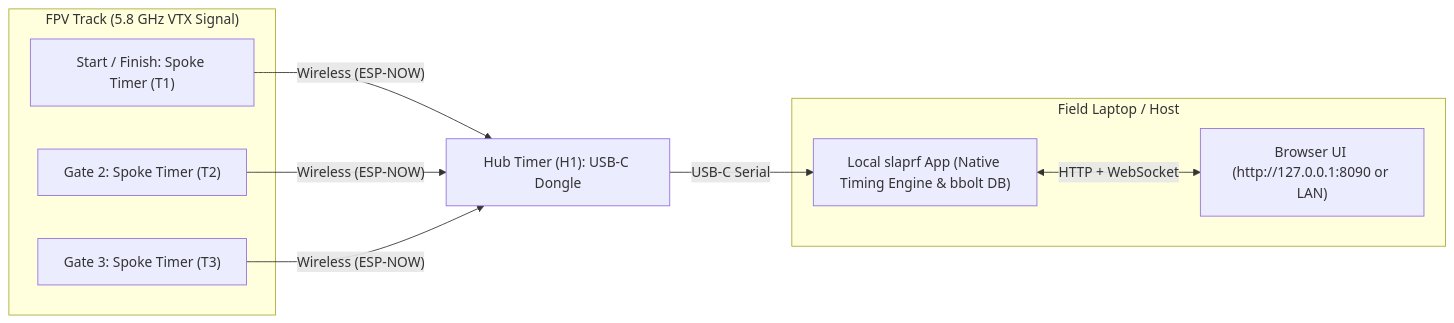
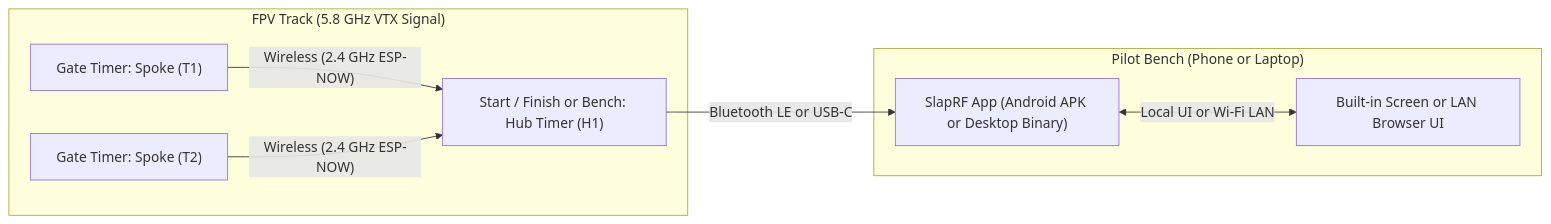
The first of 2 diagrams in README.md (kaack/SlapRF), drawn with Mermaid before and after one commit. The commit also changed other lines of this file and 19 other files, not shown here.

Commit message:
docs,ci,e2e: document Bluetooth Hub-and-Spoke mode, Android APK, and prepare v0.0.7 release

````diff
--- a/README.md
+++ b/README.md
@@ -28,21 +30,18 @@
 ```mermaid
 flowchart LR
     subgraph Track["FPV Track (5.8 GHz VTX Signal)"]
-        T1["Start / Finish: Spoke Timer (T1)"]
-        T2["Gate 2: Spoke Timer (T2)"]
-        T3["Gate 3: Spoke Timer (T3)"]
+        H1["Start / Finish or Bench: Hub Timer (H1)"]
+        T1["Gate Timer: Spoke (T1)"]
+        T2["Gate Timer: Spoke (T2)"]
     end
 
-    H1["Hub Timer (H1): USB-C Dongle"]
-
-    subgraph Laptop["Field Laptop / Host"]
-        Server["Local slaprf App (Native Timing Engine & bbolt DB)"]
-        Browser["Browser UI (http://127.0.0.1:8090 or LAN)"]
+    subgraph Host["Pilot Bench (Phone or Laptop)"]
+        App["SlapRF App (Android APK or Desktop Binary)"]
+        Browser["Built-in Screen or LAN Browser UI"]
     end
 
-    T1 -- "Wireless (ESP-NOW)" --> H1
-    T2 -- "Wireless (ESP-NOW)" --> H1
-    T3 -- "Wireless (ESP-NOW)" --> H1
-    H1 -- "USB-C Serial" --> Server
-    Server <-->|"HTTP + WebSocket"| Browser
+    T1 -- "Wireless (2.4 GHz ESP-NOW)" --> H1
+    T2 -- "Wireless (2.4 GHz ESP-NOW)" --> H1
+    H1 -- "Bluetooth LE or USB-C" --> App
+    App <-->|"Local UI or Wi-Fi LAN"| Browser
 ```
````
